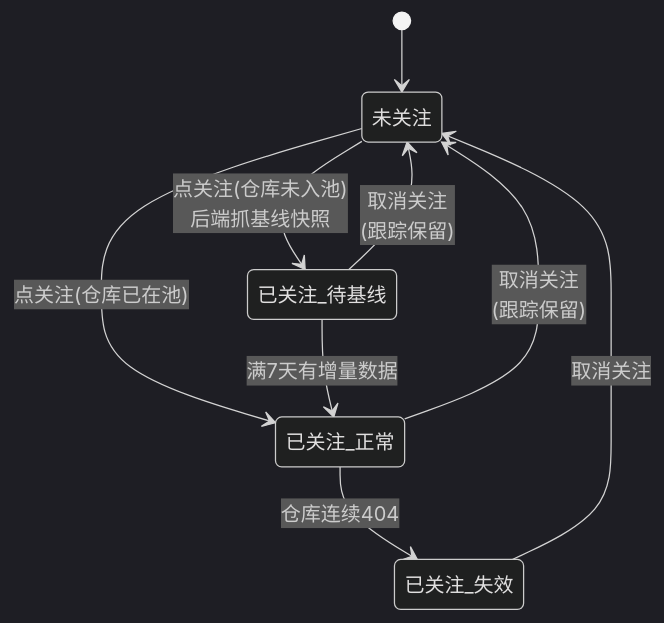
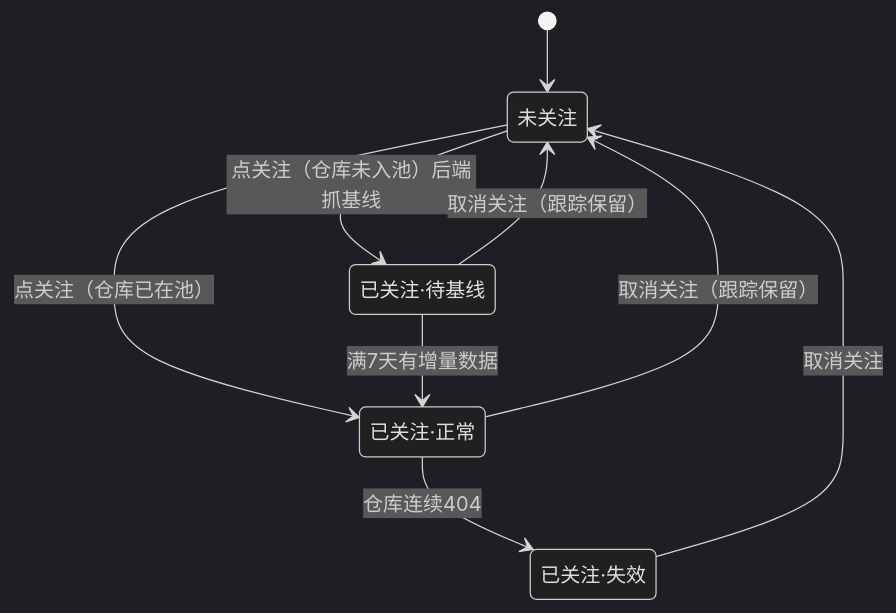
The second of 2 diagrams in docs/sop/交互流程说明.md (WENZIZZHENG/radar-github), drawn with Mermaid (dark theme) before and after one commit. The commit also changed other lines of this file, not shown here.

Commit message:
fix(docs): 修正交互流程说明两处 mermaid 语法——全引号标签+ASCII 状态ID，已经 mermaid.ink 真实渲染验证

````diff
--- a/docs/sop/交互流程说明.md
+++ b/docs/sop/交互流程说明.md
@@ -95,11 +95,15 @@
 ```mermaid
 stateDiagram-v2
-  [*] --> 未关注
-  未关注 --> 已关注_待基线: 点关注(仓库未入池)<br>后端抓基线快照
-  未关注 --> 已关注_正常: 点关注(仓库已在池)
-  已关注_待基线 --> 已关注_正常: 满7天有增量数据
-  已关注_正常 --> 未关注: 取消关注<br>(跟踪保留)
-  已关注_待基线 --> 未关注: 取消关注<br>(跟踪保留)
-  已关注_正常 --> 已关注_失效: 仓库连续404
-  已关注_失效 --> 未关注: 取消关注
+  state "未关注" as S0
+  state "已关注·待基线" as S1
+  state "已关注·正常" as S2
+  state "已关注·失效" as S3
+  [*] --> S0
+  S0 --> S1: 点关注（仓库未入池）后端抓基线
+  S0 --> S2: 点关注（仓库已在池）
+  S1 --> S2: 满7天有增量数据
+  S1 --> S0: 取消关注（跟踪保留）
+  S2 --> S0: 取消关注（跟踪保留）
+  S2 --> S3: 仓库连续404
+  S3 --> S0: 取消关注
 ```
````
